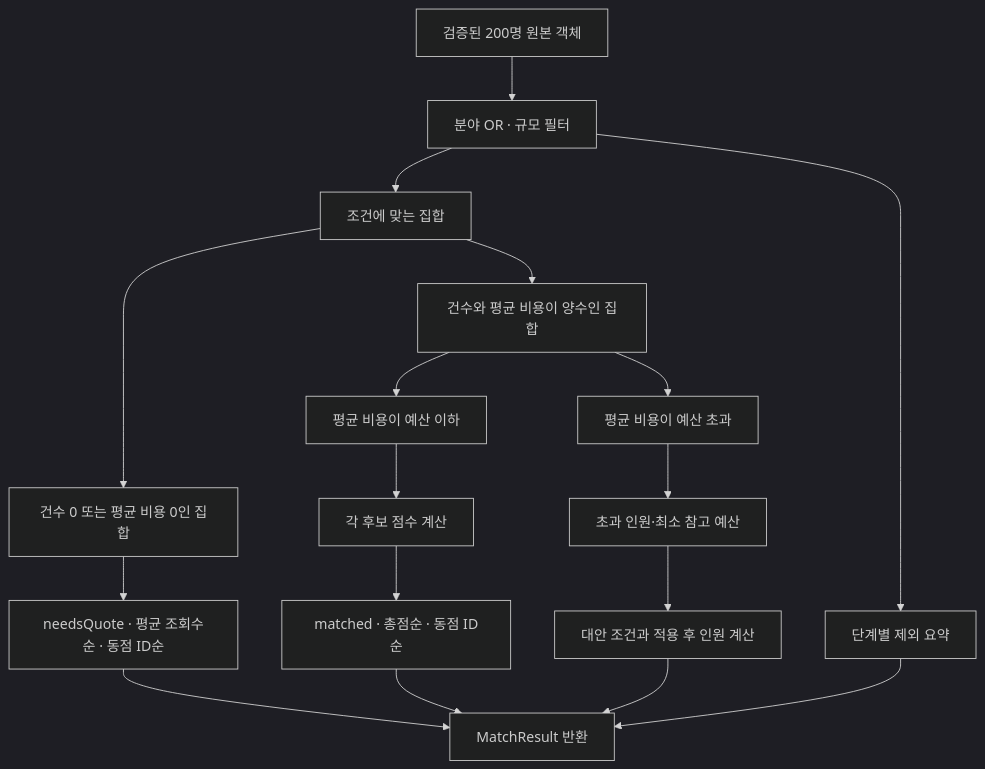
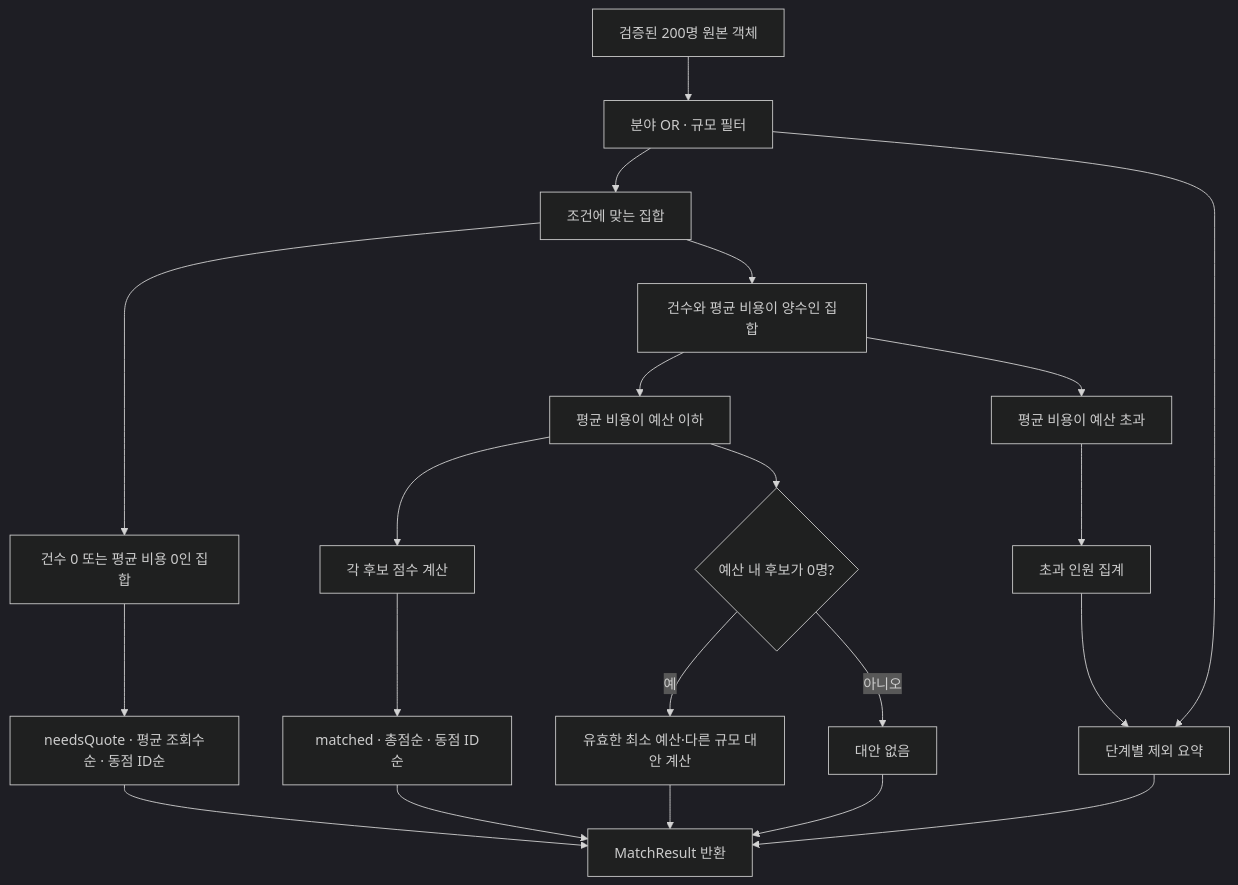
The fourth of 7 diagrams in flowchart.md (vk2commits/creator-match), drawn with Mermaid (dark theme) before and after one commit. The commit also changed other lines of this file and 7 other files, not shown here.

````diff
--- a/flowchart.md
+++ b/flowchart.md
@@ -103,19 +116,23 @@
 ```mermaid
 flowchart TD
     A["검증된 200명 원본 객체"] --> B["분야 OR · 규모 필터"]
     B --> C["조건에 맞는 집합"]
     C --> D["건수 0 또는 평균 비용 0인 집합"]
     C --> E["건수와 평균 비용이 양수인 집합"]
     D --> Q["needsQuote · 평균 조회수순 · 동점 ID순"]
     E --> F["평균 비용이 예산 이하"]
     E --> G["평균 비용이 예산 초과"]
     F --> H["각 후보 점수 계산"]
     H --> M["matched · 총점순 · 동점 ID순"]
-    G --> N["초과 인원·최소 참고 예산"]
+    G --> N["초과 인원 집계"]
     B --> S["단계별 제외 요약"]
-    N --> T["대안 조건과 적용 후 인원 계산"]
+    N --> S
+    F --> Z{"예산 내 후보가 0명?"}
+    Z -->|예| T["유효한 최소 예산·다른 규모 대안 계산"]
+    Z -->|아니오| NONE["대안 없음"]
+    NONE --> R
     Q --> R["MatchResult 반환"]
     M --> R
     S --> R
     T --> R
 ```
````
